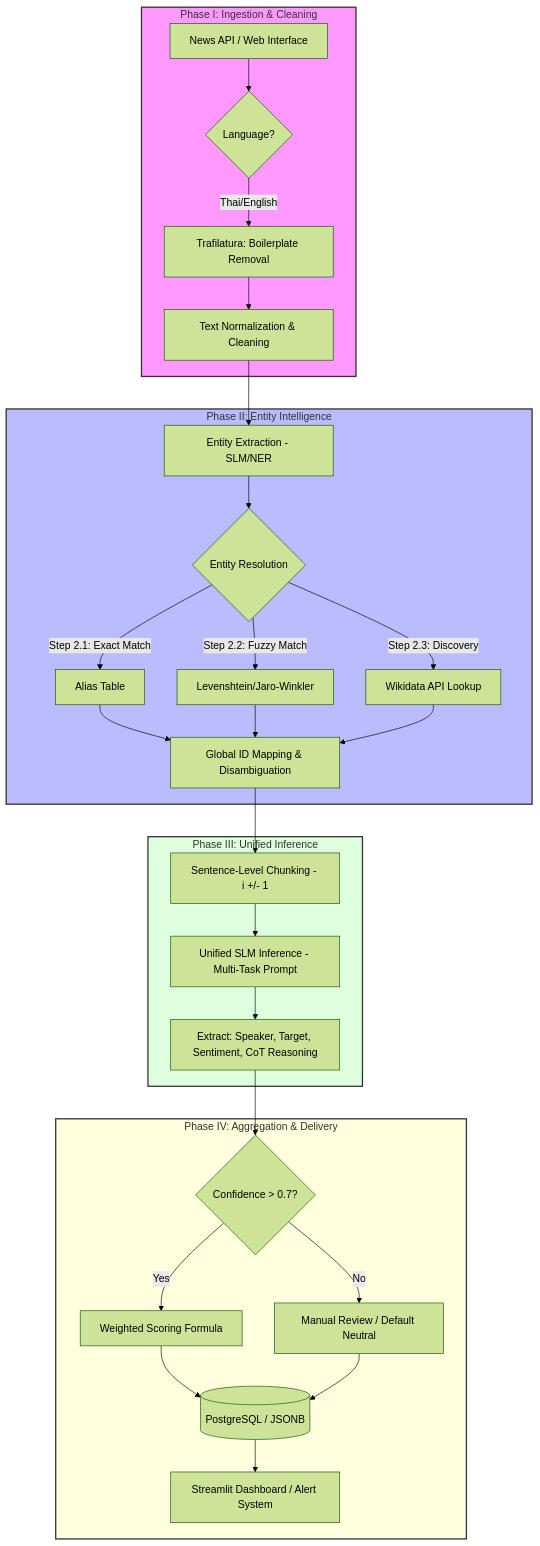
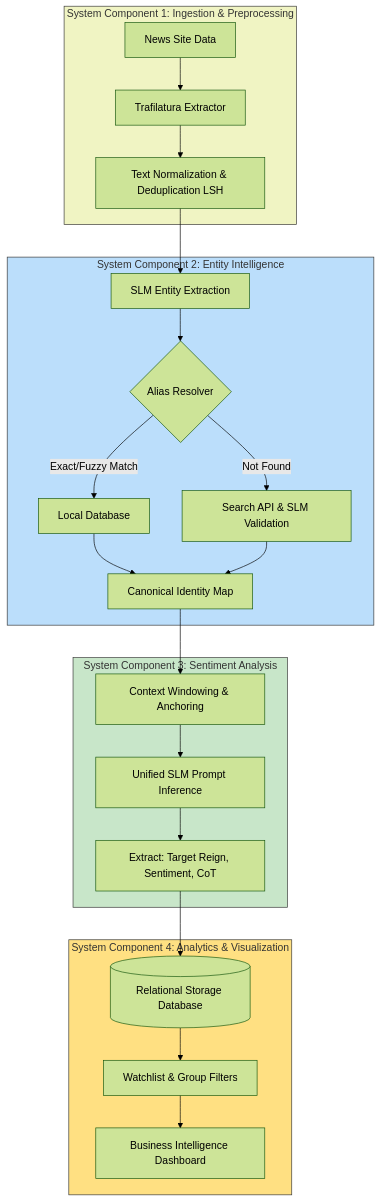
Before and after one commit to namthip06/PersonaLens: the diagram in System Context.md, drawn with Mermaid (forest theme). The commit also changed other lines of this file and 4 other files, not shown here.

````diff
--- a/System Context.md
+++ b/System Context.md
@@ -282,42 +91,36 @@
 ```mermaid
 graph TD
     %% Phase 1: Ingestion
-    subgraph Phase_1_Ingestion [Phase I: Ingestion & Cleaning]
-        A[News API / Web Interface] --> B{Language?}
-        B -- Thai/English --> C[Trafilatura: Boilerplate Removal]
-        C --> D[Text Normalization & Cleaning]
+    subgraph Phase_1 [System Component 1: Ingestion & Preprocessing]
+        A[News Site Data] --> B[Trafilatura Extractor]
+        B --> C[Text Normalization & Deduplication LSH]
     end
 
     %% Phase 2: Entity Intelligence
-    subgraph Phase_2_Entity [Phase II: Entity Intelligence]
-        D --> E[Entity Extraction - SLM/NER]
-        E --> F{Entity Resolution}
-        F -- Step 2.1: Exact Match --> G[Alias Table]
-        F -- Step 2.2: Fuzzy Match --> H[Levenshtein/Jaro-Winkler]
-        F -- Step 2.3: Discovery --> I[Wikidata API Lookup]
-        G & H & I --> J[Global ID Mapping & Disambiguation]
+    subgraph Phase_2 [System Component 2: Entity Intelligence]
+        C --> D[SLM Entity Extraction]
+        D --> E{Alias Resolver}
+        E -- Exact/Fuzzy Match --> F[Local Database]
+        E -- Not Found --> G[Search API & SLM Validation]
+        F & G --> H[Canonical Identity Map]
     end
 
     %% Phase 3: Analysis
-    subgraph Phase_3_Analysis [Phase III: Unified Inference]
-        J --> K[Sentence-Level Chunking - i +/- 1]
-        K --> L[Unified SLM Inference - Multi-Task Prompt]
-        L --> M[Extract: Speaker, Target, Sentiment, CoT Reasoning]
+    subgraph Phase_3 [System Component 3: Sentiment Analysis]
+        H --> I[Context Windowing & Anchoring]
+        I --> J[Unified SLM Prompt Inference]
+        J --> K[Extract: Target Reign, Sentiment, CoT]
     end
 
-    %% Phase 4: Scoring & Storage
-    subgraph Phase_4_Final [Phase IV: Aggregation & Delivery]
-        M --> N{Confidence > 0.7?}
-        N -- Yes --> O[Weighted Scoring Formula]
-        N -- No --> P[Manual Review / Default Neutral]
-        O & P --> Q[(PostgreSQL / JSONB)]
-        Q --> R[Streamlit Dashboard / Alert System]
+    %% Phase 4: Delivery
+    subgraph Phase_4 [System Component 4: Analytics & Visualization]
+        K --> L[(Relational Storage Database)]
+        L --> M[Watchlist & Group Filters]
+        M --> N[Business Intelligence Dashboard]
     end
 
-    %% Styling
-    style Phase_1_Ingestion fill:#f9f,stroke:#333,stroke-width:2px
-    style Phase_2_Entity fill:#bbf,stroke:#333,stroke-width:2px
-    style Phase_3_Analysis fill:#dfd,stroke:#333,stroke-width:2px
-    style Phase_4_Final fill:#ffd,stroke:#333,stroke-width:2px
-
+    style Phase_1 fill:#f0f4c3,stroke:#333,stroke-width:1px
+    style Phase_2 fill:#bbdefb,stroke:#333,stroke-width:1px
+    style Phase_3 fill:#c8e6c9,stroke:#333,stroke-width:1px
+    style Phase_4 fill:#ffe082,stroke:#333,stroke-width:1px
 ```
````
